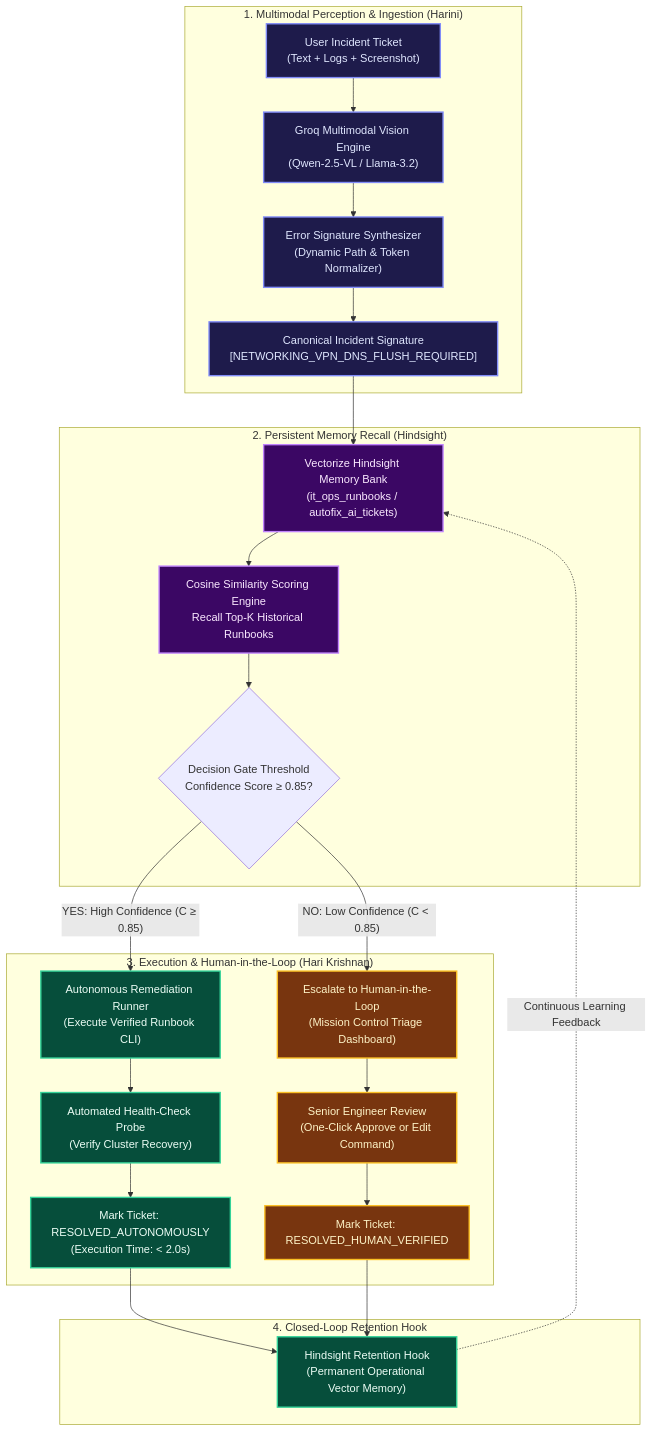
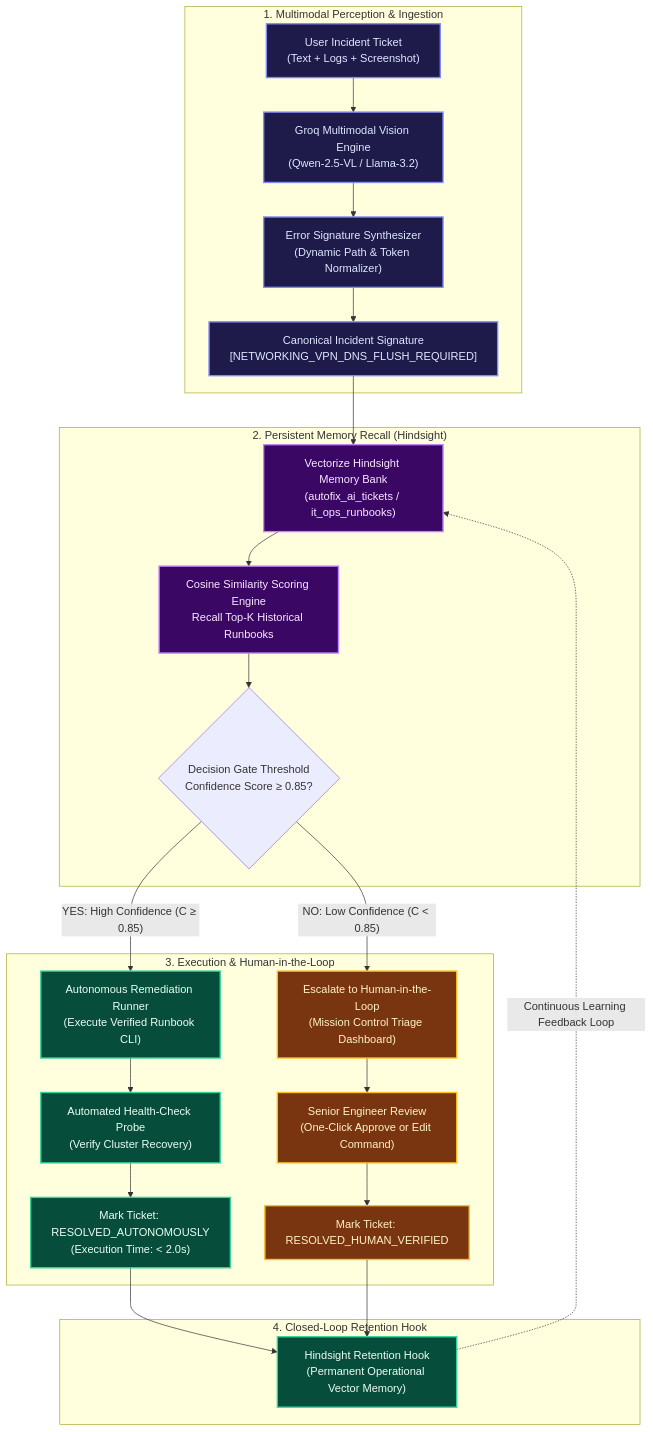
Before and after one commit to hkhearts/Autofix-Ai: the diagram in README.md, drawn with Mermaid. The commit also changed other lines of this file and 18 other files, not shown here.

Commit message:
docs: complete 13-section architectural README with live Render links, knowledge tree, and developer cards

````diff
--- a/README.md
+++ b/README.md
@@ -185,41 +191,41 @@
 ```mermaid
 flowchart TD
-    subgraph INGESTION["1. Multimodal Perception & Ingestion (Harini)"]
+    subgraph INGESTION["1. Multimodal Perception & Ingestion"]
         A["User Incident Ticket<br/>(Text + Logs + Screenshot)"] --> B["Groq Multimodal Vision Engine<br/>(Qwen-2.5-VL / Llama-3.2)"]
         B --> C["Error Signature Synthesizer<br/>(Dynamic Path & Token Normalizer)"]
         C --> D["Canonical Incident Signature<br/>[NETWORKING_VPN_DNS_FLUSH_REQUIRED]"]
     end
 
     subgraph RECALL["2. Persistent Memory Recall (Hindsight)"]
-        D --> E["Vectorize Hindsight Memory Bank<br/>(it_ops_runbooks / autofix_ai_tickets)"]
+        D --> E["Vectorize Hindsight Memory Bank<br/>(autofix_ai_tickets / it_ops_runbooks)"]
         E --> F["Cosine Similarity Scoring Engine<br/>Recall Top-K Historical Runbooks"]
         F --> G{"Decision Gate Threshold<br/>Confidence Score ≥ 0.85?"}
     end
 
-    subgraph EXECUTION["3. Execution & Human-in-the-Loop (Hari Krishnan)"]
+    subgraph EXECUTION["3. Execution & Human-in-the-Loop"]
         G -- "YES: High Confidence (C ≥ 0.85)" --> H["Autonomous Remediation Runner<br/>(Execute Verified Runbook CLI)"]
         H --> I["Automated Health-Check Probe<br/>(Verify Cluster Recovery)"]
         I --> J["Mark Ticket: RESOLVED_AUTONOMOUSLY<br/>(Execution Time: < 2.0s)"]
 
         G -- "NO: Low Confidence (C < 0.85)" --> K["Escalate to Human-in-the-Loop<br/>(Mission Control Triage Dashboard)"]
         K --> L["Senior Engineer Review<br/>(One-Click Approve or Edit Command)"]
         L --> M["Mark Ticket: RESOLVED_HUMAN_VERIFIED"]
     end
 
     subgraph LEARNING["4. Closed-Loop Retention Hook"]
         J --> N["Hindsight Retention Hook<br/>(Permanent Operational Vector Memory)"]
         M --> N
-        N -. "Continuous Learning Feedback" .-> E
+        N -. "Continuous Learning Feedback Loop" .-> E
     end
 
     classDef primary fill:#1e1b4b,stroke:#818cf8,stroke-width:2px,color:#e0e7ff;
     classDef success fill:#064e3b,stroke:#34d399,stroke-width:2px,color:#ecfdf5;
     classDef warning fill:#78350f,stroke:#fbbf24,stroke-width:2px,color:#fef3c7;
     classDef purple fill:#3b0764,stroke:#c084fc,stroke-width:2px,color:#fae8ff;
 
     class A,B,C,D primary;
     class E,F purple;
     class H,I,J success;
     class K,L,M warning;
     class N success;
 ```
````
